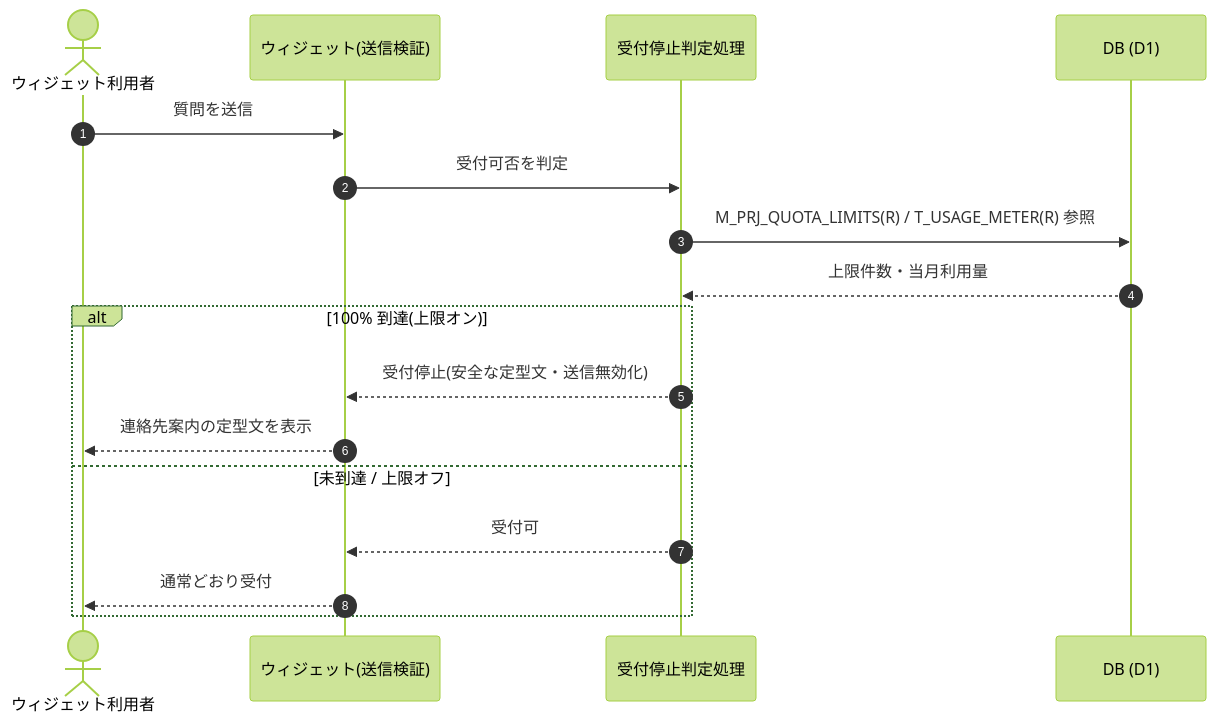
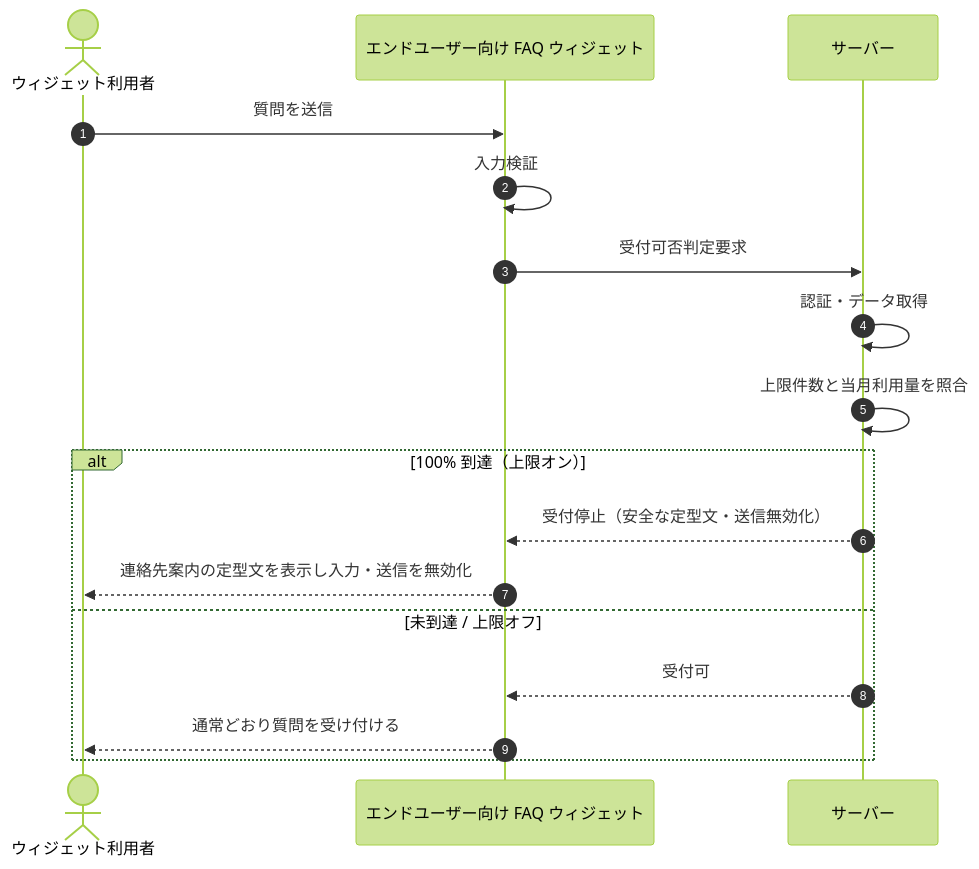
Before and after one commit to sikakou54/open-faq: the diagram in 02_basic_design/05_sequences/SEQ-100.md, drawn with Mermaid (forest theme). The commit also changed other lines of this file and 108 other files, not shown here.

First line of the commit message:
基本設計: シーケンス図を基本設計粒度(ユーザー/画面/サーバー)へ再編成

````diff
--- a/02_basic_design/05_sequences/SEQ-100.md
+++ b/02_basic_design/05_sequences/SEQ-100.md
@@ -25,19 +32,19 @@
 ```mermaid
 sequenceDiagram
   autonumber
   actor U as ウィジェット利用者
-  participant W as ウィジェット(送信検証)
-  participant J as 受付停止判定処理
-  participant DB as DB (D1)
-  U->>W: 質問を送信
-  W->>J: 受付可否を判定
-  J->>DB: M_PRJ_QUOTA_LIMITS(R) / T_USAGE_METER(R) 参照
-  DB-->>J: 上限件数・当月利用量
-  alt 100% 到達(上限オン)
-    J-->>W: 受付停止(安全な定型文・送信無効化)
-    W-->>U: 連絡先案内の定型文を表示
+  participant Screen as エンドユーザー向け FAQ ウィジェット
+  participant Server as サーバー
+  U->>Screen: 質問を送信
+  Screen->>Screen: 入力検証
+  Screen->>Server: 受付可否判定要求
+  Server->>Server: 認証・データ取得
+  Server->>Server: 上限件数と当月利用量を照合
+  alt 100% 到達（上限オン）
+    Server-->>Screen: 受付停止（安全な定型文・送信無効化）
+    Screen-->>U: 連絡先案内の定型文を表示し入力・送信を無効化
   else 未到達 / 上限オフ
-    J-->>W: 受付可
-    W-->>U: 通常どおり受付
+    Server-->>Screen: 受付可
+    Screen-->>U: 通常どおり質問を受け付ける
   end
 ```
````
